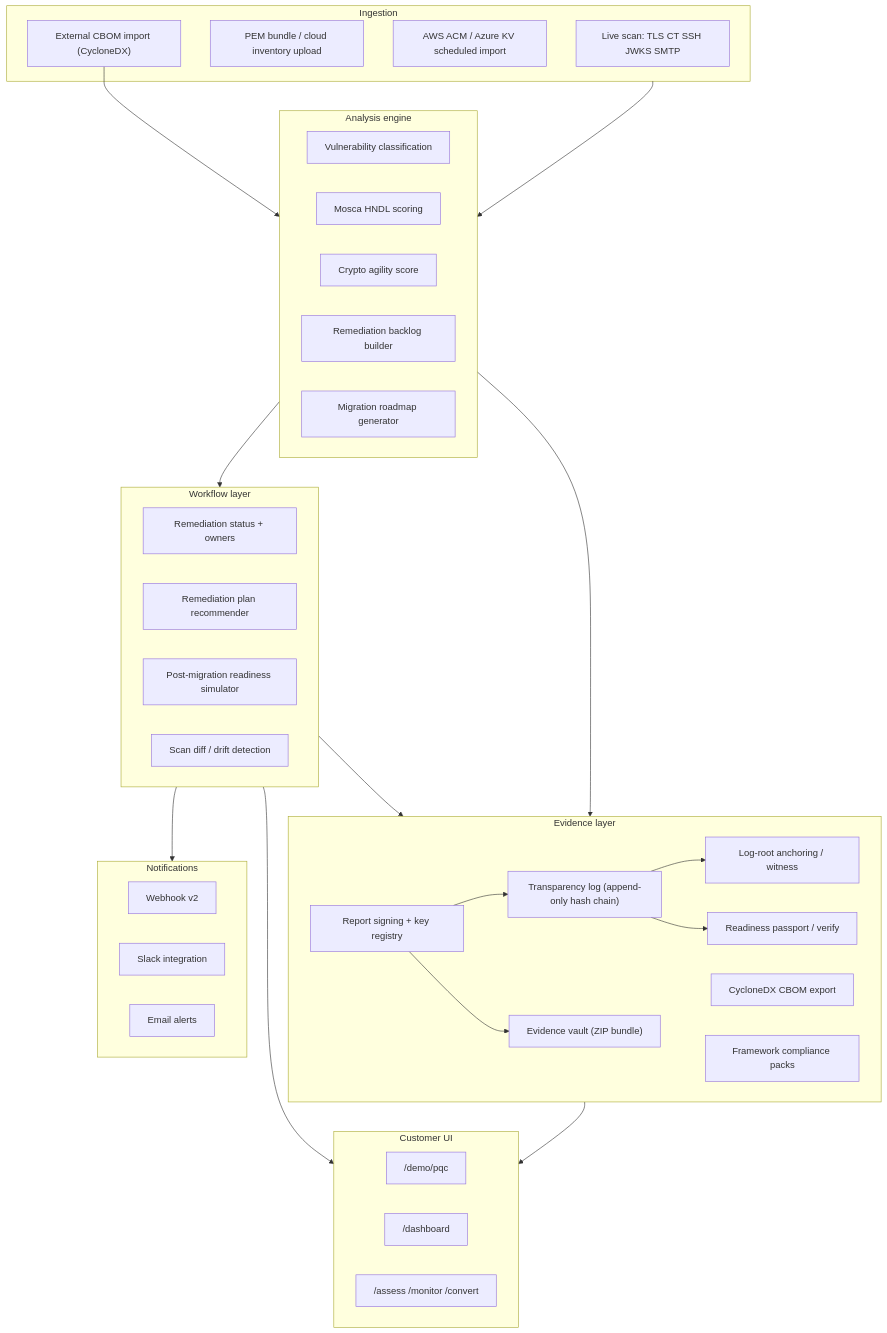
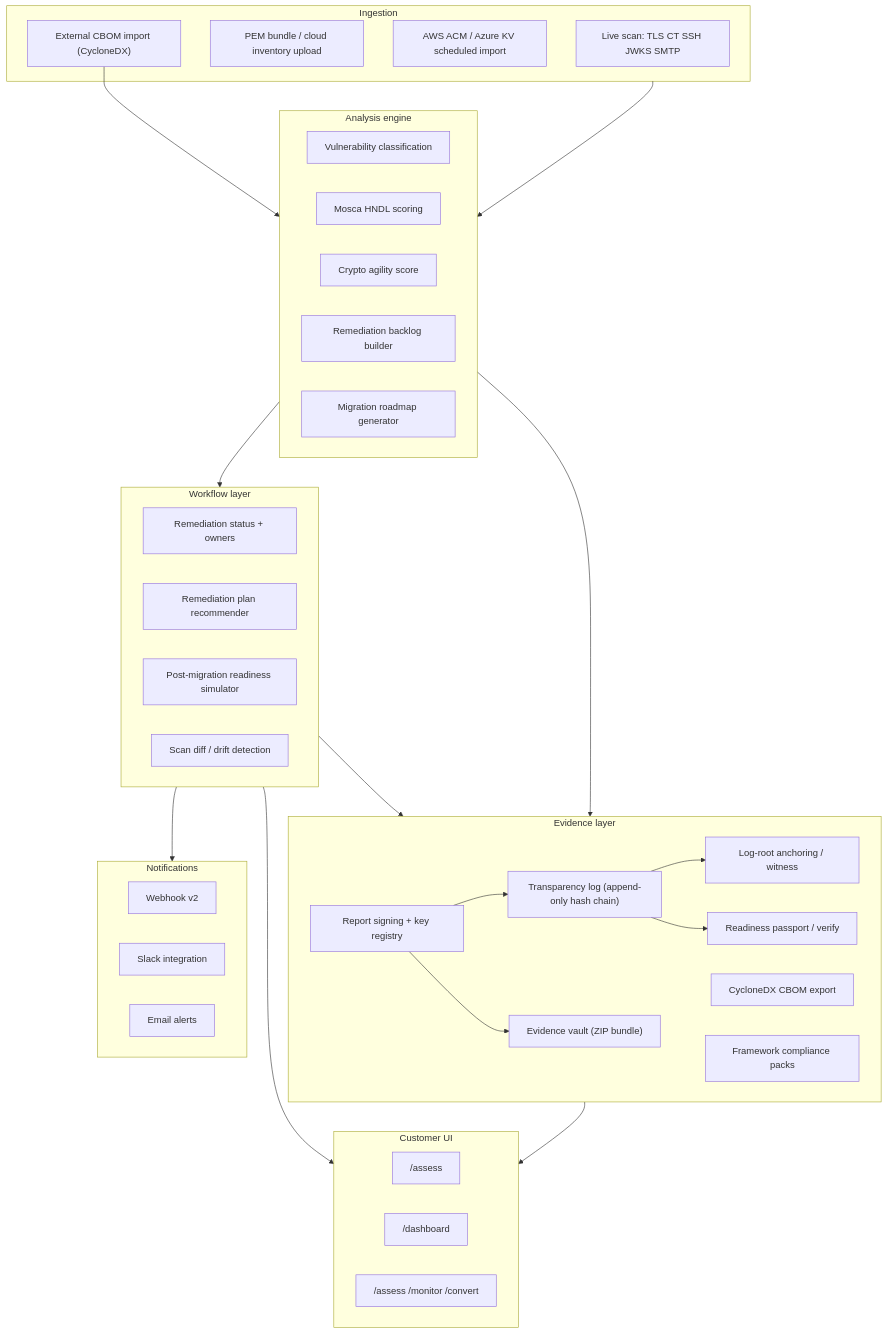
The first of 2 diagrams in roadmap/quantum-readiness/03-solution-architecture.md (charley-forey/qtangl), drawn with Mermaid before and after one commit. The commit also changed 87 other files, not shown here.

````diff
--- a/roadmap/quantum-readiness/03-solution-architecture.md
+++ b/roadmap/quantum-readiness/03-solution-architecture.md
@@ -9,53 +9,53 @@
 ```mermaid
 flowchart TB
   subgraph ingest [Ingestion]
     LiveScan["Live scan: TLS CT SSH JWKS SMTP"]
     Upload["PEM bundle / cloud inventory upload"]
     CloudPull["AWS ACM / Azure KV scheduled import"]
     CBOMImport["External CBOM import (CycloneDX)"]
   end
   subgraph engine [Analysis engine]
     Classify["Vulnerability classification"]
     Mosca["Mosca HNDL scoring"]
     Agility["Crypto agility score"]
     Backlog["Remediation backlog builder"]
     Roadmap["Migration roadmap generator"]
   end
   subgraph workflow [Workflow layer]
     RemStatus["Remediation status + owners"]
     Recommend["Remediation plan recommender"]
     Simulate["Post-migration readiness simulator"]
     Diff["Scan diff / drift detection"]
   end
   subgraph evidence [Evidence layer]
     Sign["Report signing + key registry"]
     Log["Transparency log (append-only hash chain)"]
     Anchor["Log-root anchoring / witness"]
     Vault["Evidence vault (ZIP bundle)"]
     CBOM["CycloneDX CBOM export"]
     Passport["Readiness passport / verify"]
     Compliance["Framework compliance packs"]
   end
   subgraph notify [Notifications]
     Webhook["Webhook v2"]
     Slack["Slack integration"]
     Email["Email alerts"]
   end
   subgraph ui [Customer UI]
-    Demo["/demo/pqc"]
+    Demo["/assess"]
     Dashboard["/dashboard"]
     JourneyPages["/assess /monitor /convert"]
   end
   ingest --> engine
   CBOMImport --> engine
   engine --> workflow
   engine --> evidence
   workflow --> evidence
   Sign --> Log
   Log --> Anchor
   Sign --> Vault
   Log --> Passport
   workflow --> notify
   evidence --> ui
   workflow --> ui
 ```
````
